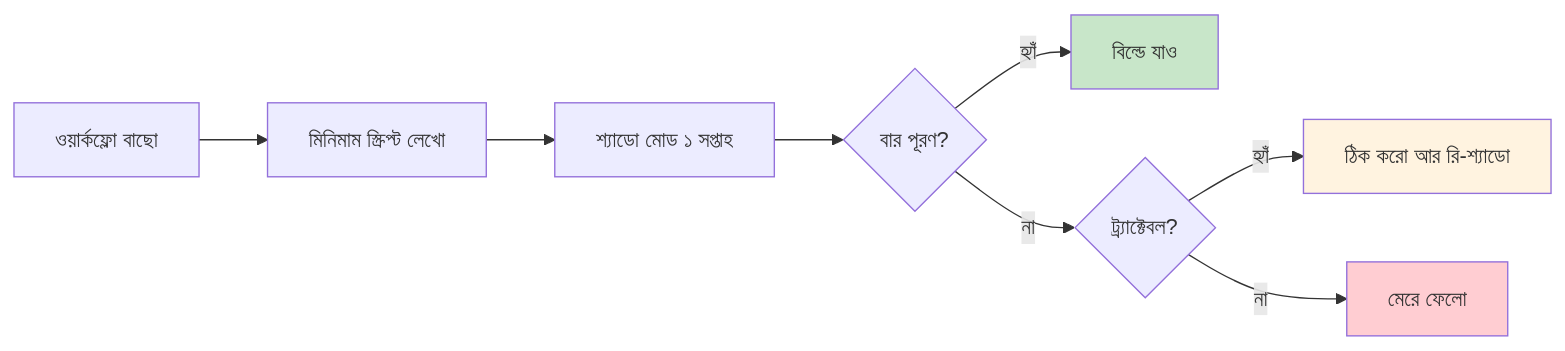
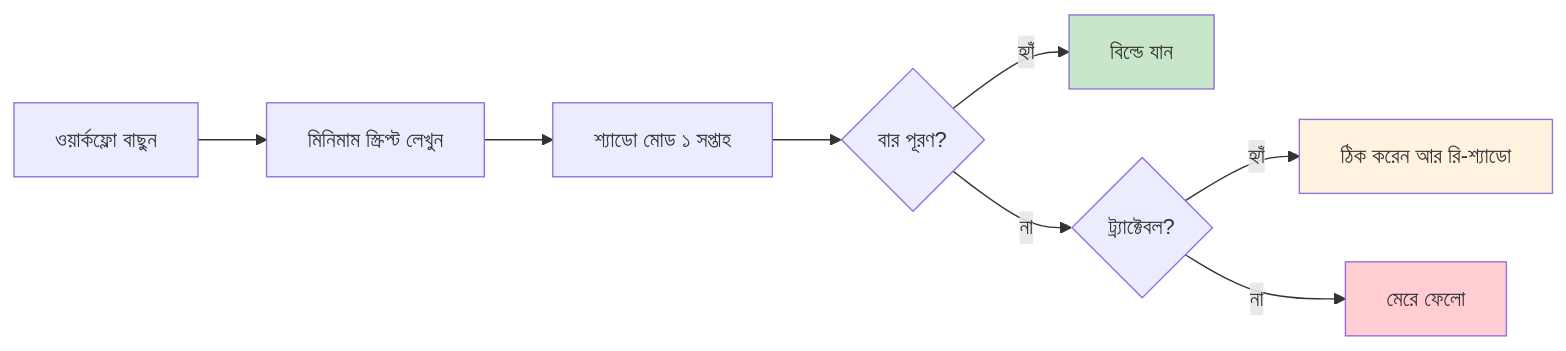
The diagram in docs/bangla/adoption/pilot.md (aiwithr/ai_llm), drawn with Mermaid before and after one commit. The commit also changed other lines of this file and 5 other files, not shown here.

````diff
--- a/docs/bangla/adoption/pilot.md
+++ b/docs/bangla/adoption/pilot.md
@@ -8,14 +8,14 @@
 ```mermaid
 flowchart LR
-    A[ওয়ার্কফ্লো বাছো] --> B[মিনিমাম স্ক্রিপ্ট লেখো]
+    A[ওয়ার্কফ্লো বাছুন] --> B[মিনিমাম স্ক্রিপ্ট লেখুন]
     B --> C[শ্যাডো মোড ১ সপ্তাহ]
     C --> D{বার পূরণ?}
-    D -->|হ্যাঁ| E[বিল্ডে যাও]
+    D -->|হ্যাঁ| E[বিল্ডে যান]
     D -->|না| F{ট্র্যাক্টেবল?}
-    F -->|হ্যাঁ| G[ঠিক করো আর রি-শ্যাডো]
+    F -->|হ্যাঁ| G[ঠিক করেন আর রি-শ্যাডো]
     F -->|না| H[মেরে ফেলো]
 
     style E fill:#c8e6c9
     style H fill:#ffcdd2
     style G fill:#fff3e0
 ```
````
